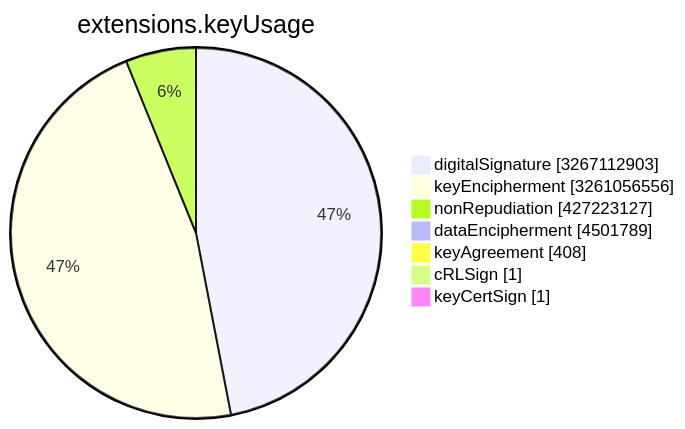
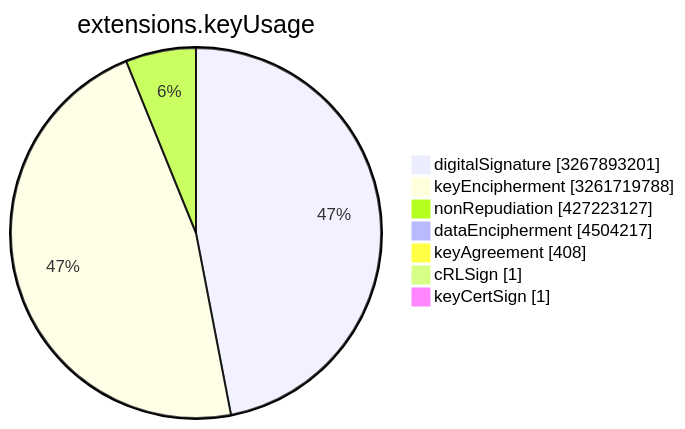
The sixth of 15 diagrams in TOTAL/README.md (christiankrug/ctmonitor_visualization), drawn with Mermaid before and after one commit. The commit also changed other lines of this file, not shown here.

````diff
--- a/TOTAL/README.md
+++ b/TOTAL/README.md
@@ -3078,11 +3078,11 @@
 ```mermaid
 pie showData
 title extensions.keyUsage
-"digitalSignature" :3267112903
-"keyEncipherment" :3261056556
+"digitalSignature" :3267893201
+"keyEncipherment" :3261719788
 "nonRepudiation" :427223127
-"dataEncipherment" :4501789
+"dataEncipherment" :4504217
 "keyAgreement" :408
 "cRLSign" :1
 "keyCertSign" :1
 ```
````
